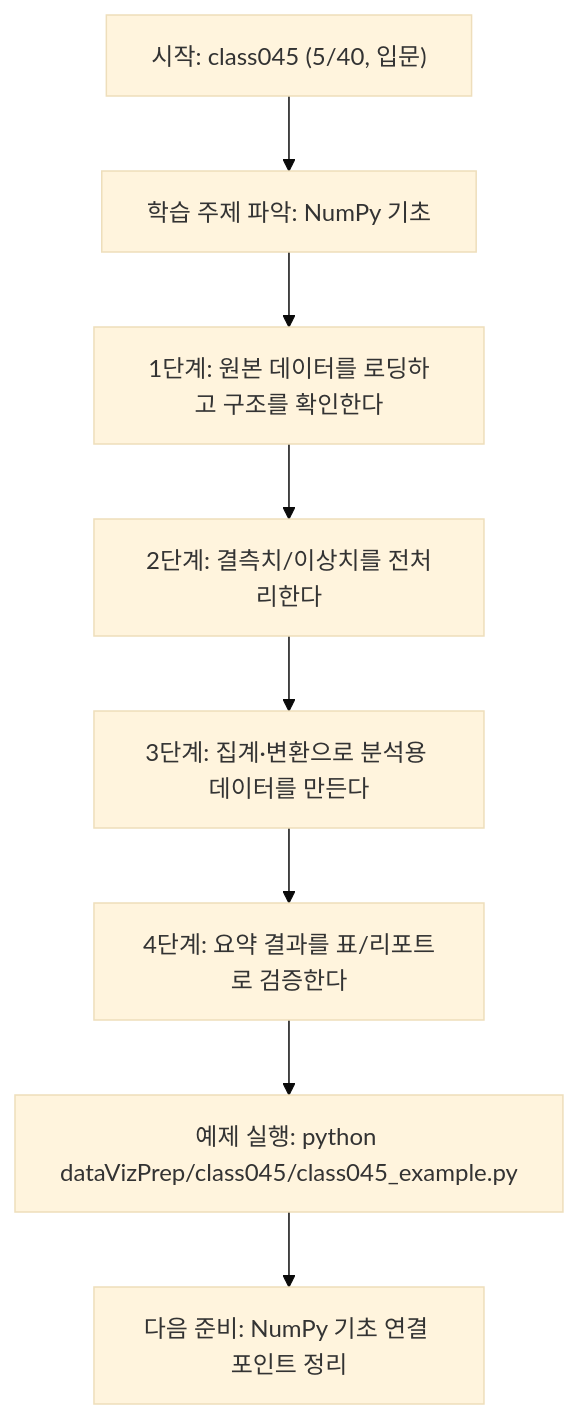
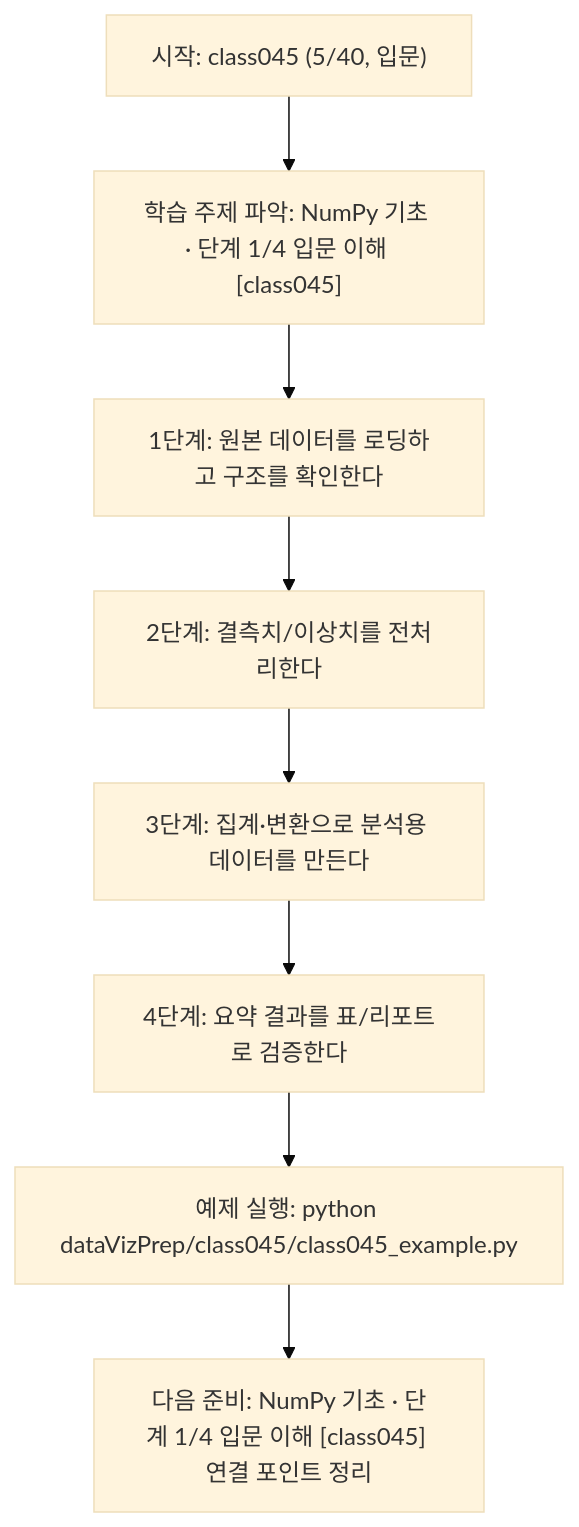
One commit to edumgt/Python-AI_Agent-Class changed the diagram in dataVizPrep/class045/class045.md. Above: the diagram before and after it, drawn with Mermaid (base theme). The commit also changed other lines of this file and 522 other files, not shown here.

````diff
--- a/dataVizPrep/class045/class045.md
+++ b/dataVizPrep/class045/class045.md
@@ -109,18 +110,18 @@
 ```mermaid
 flowchart TD
 N1["시작: class045 (5/40, 입문)"]
-N2["학습 주제 파악: NumPy 기초"]
+N2["학습 주제 파악: NumPy 기초 · 단계 1/4 입문 이해 [class045]"]
 N3["1단계: 원본 데이터를 로딩하고 구조를 확인한다"]
 N4["2단계: 결측치/이상치를 전처리한다"]
 N5["3단계: 집계·변환으로 분석용 데이터를 만든다"]
 N6["4단계: 요약 결과를 표/리포트로 검증한다"]
 N7["예제 실행: python dataVizPrep/class045/class045_example.py"]
-N8["다음 준비: NumPy 기초 연결 포인트 정리"]
+N8["다음 준비: NumPy 기초 · 단계 1/4 입문 이해 [class045] 연결 포인트 정리"]
 N1 --> N2
 N2 --> N3
 N3 --> N4
 N4 --> N5
 N5 --> N6
 N6 --> N7
 N7 --> N8
 ```
````
